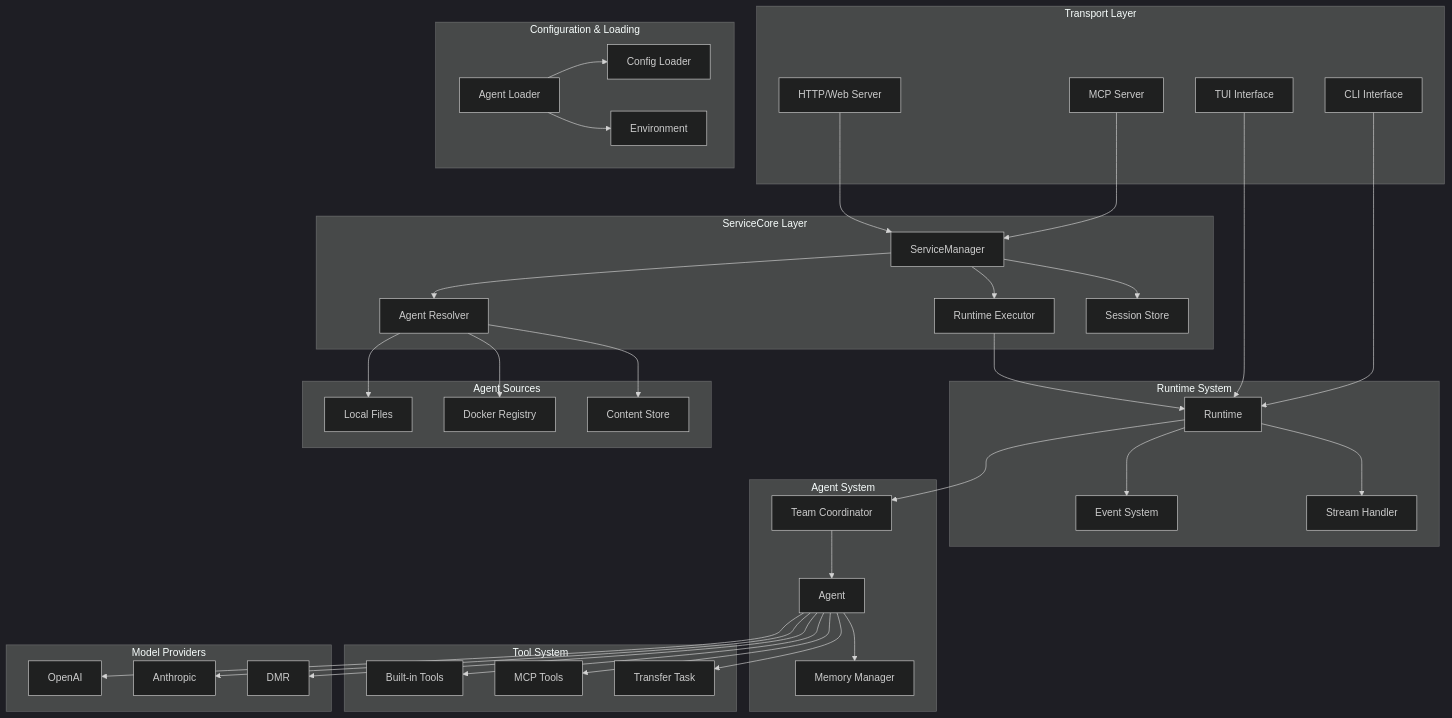
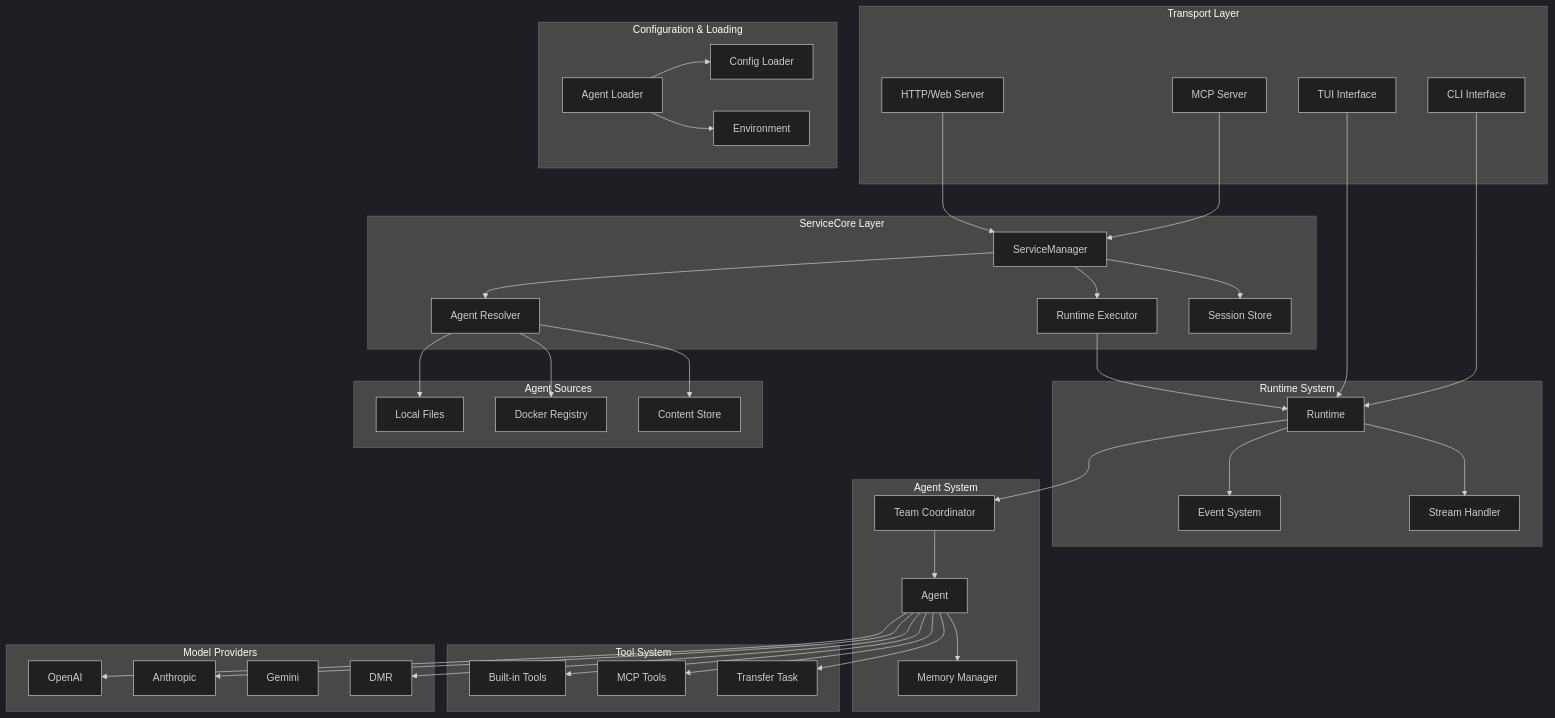
One commit to vvoland/cagent changed the first of 12 diagrams in docs/architecture.md. Above: the diagram before and after it, drawn with Mermaid (dark theme). The commit also changed other lines of this file and 13 other files, not shown here.

```diff
--- a/docs/architecture.md
+++ b/docs/architecture.md
@@ -56,6 +56,7 @@
     subgraph "Model Providers"
         OPENAI[OpenAI]
         ANTHROPIC[Anthropic]
+        GEMINI[Gemini]
         DMR[DMR]
     end
 
```
